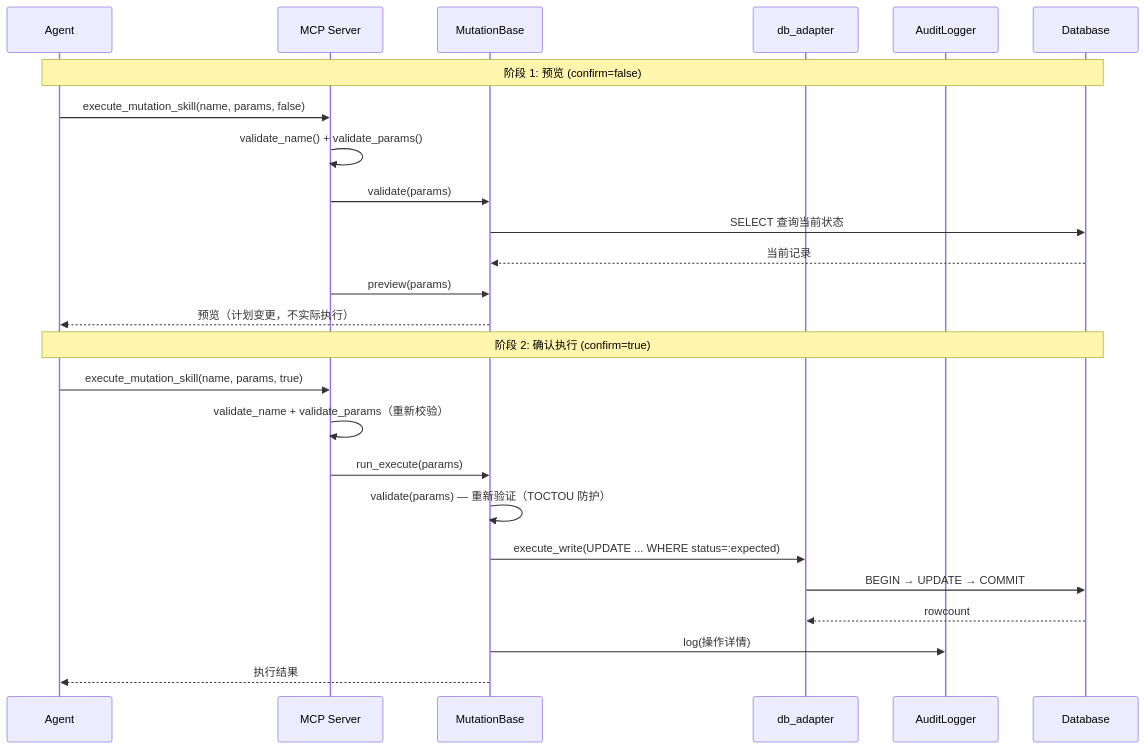
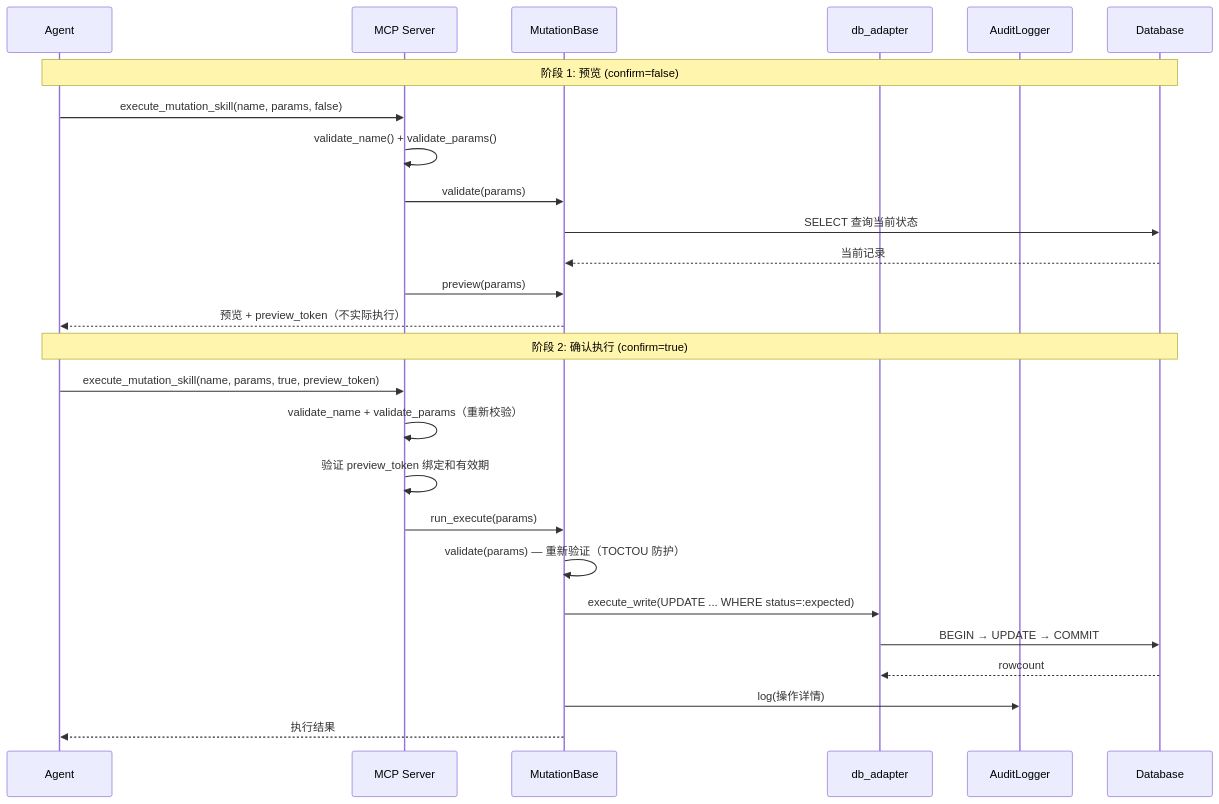
Before and after one commit to Firstmeridian/llm-sql-safety-executor-mcp: the third of 3 diagrams in README_ZH.md, drawn with Mermaid. The commit also changed other lines of this file and 38 other files, not shown here.

First line of the commit message:
feat(v3.5/v3.6): named database connections and mutation preview tokens

````diff
--- a/README_ZH.md
+++ b/README_ZH.md
@@ -1378,29 +1537,30 @@
 ```mermaid
 sequenceDiagram
     participant Agent
     participant MCP as MCP Server
     participant Mutation as MutationBase
     participant Adapter as db_adapter
     participant Audit as AuditLogger
     participant DB as Database
 
     Note over Agent,DB: 阶段 1: 预览 (confirm=false)
     Agent->>MCP: execute_mutation_skill(name, params, false)
     MCP->>MCP: validate_name() + validate_params()
     MCP->>Mutation: validate(params)
     Mutation->>DB: SELECT 查询当前状态
     DB-->>Mutation: 当前记录
     MCP->>Mutation: preview(params)
-    Mutation-->>Agent: 预览（计划变更，不实际执行）
+    Mutation-->>Agent: 预览 + preview_token（不实际执行）
 
     Note over Agent,DB: 阶段 2: 确认执行 (confirm=true)
-    Agent->>MCP: execute_mutation_skill(name, params, true)
+    Agent->>MCP: execute_mutation_skill(name, params, true, preview_token)
     MCP->>MCP: validate_name + validate_params（重新校验）
+    MCP->>MCP: 验证 preview_token 绑定和有效期
     MCP->>Mutation: run_execute(params)
     Mutation->>Mutation: validate(params) — 重新验证（TOCTOU 防护）
     Mutation->>Adapter: execute_write(UPDATE ... WHERE status=:expected)
     Adapter->>DB: BEGIN → UPDATE → COMMIT
     DB-->>Adapter: rowcount
     Mutation->>Audit: log(操作详情)
     Mutation-->>Agent: 执行结果
 ```
````
